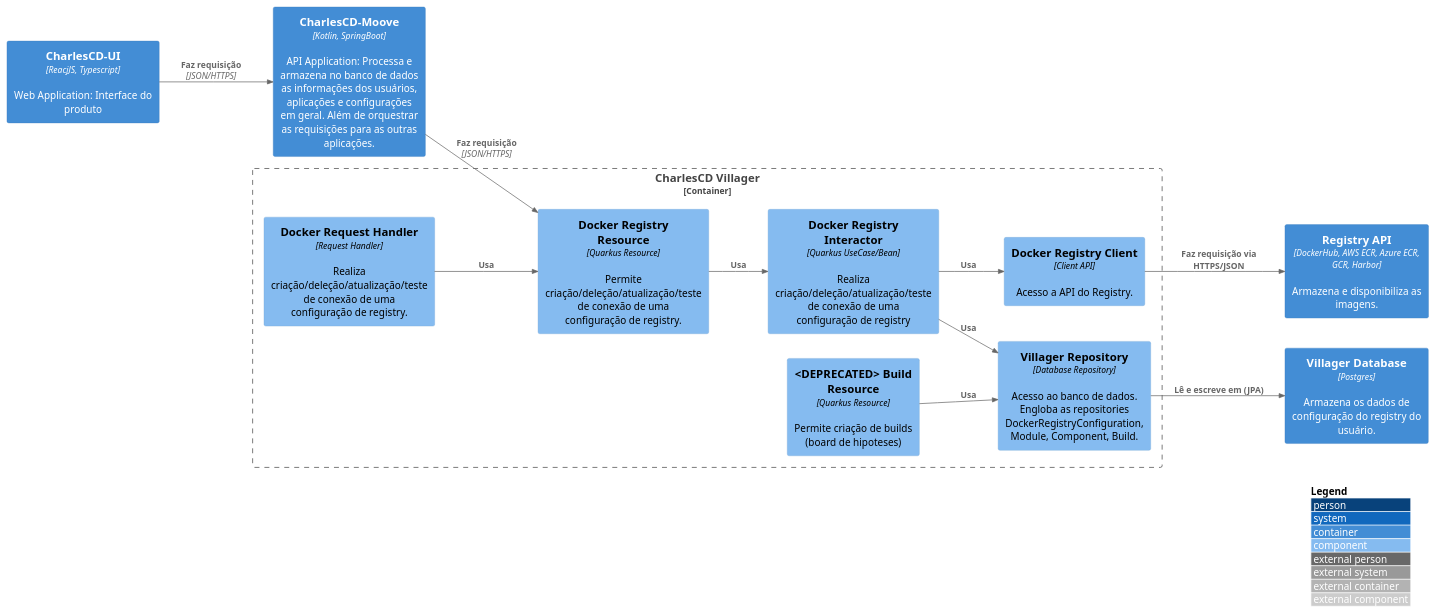
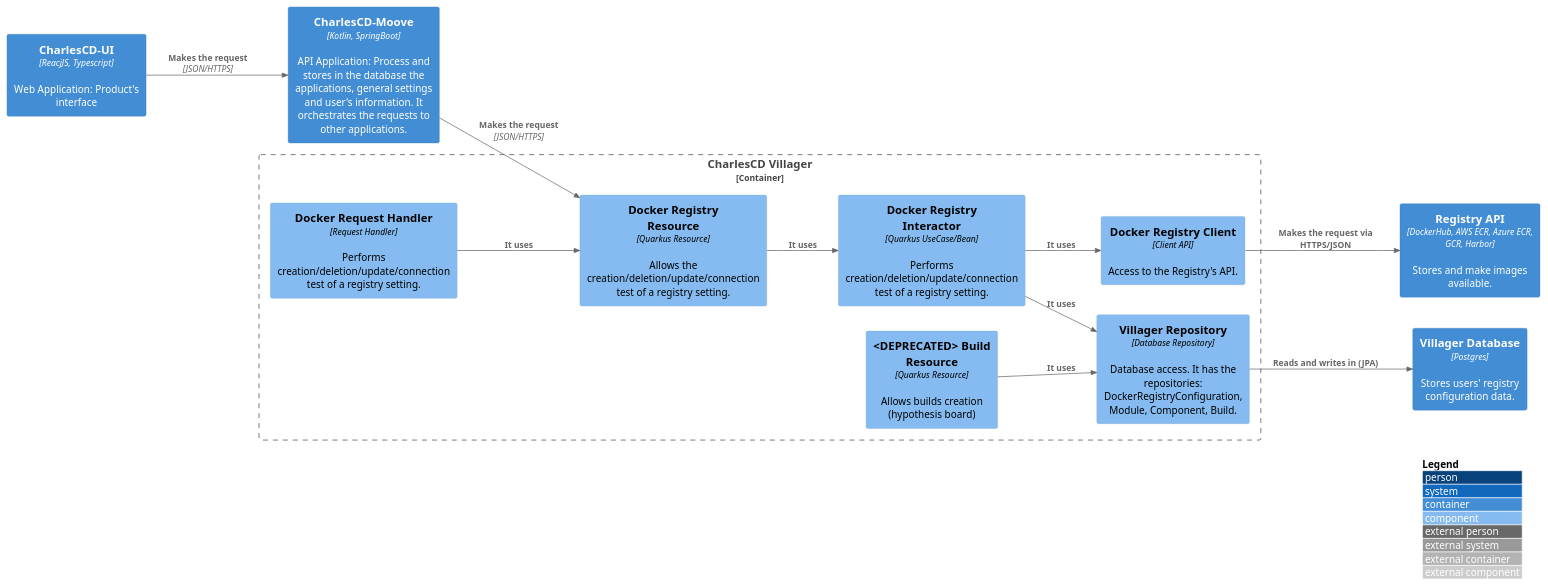
Before and after one commit to ZupIT/charlescd-c4model: the diagram in en/src/C3 -  Component/Villager/c3.puml, drawn with PlantUML. The commit also changed 19 other files, not shown here.

```diff
--- a/en/src/C3 -  Component/Villager/c3.puml
+++ b/en/src/C3 -  Component/Villager/c3.puml
@@ -1,36 +1,36 @@
 @startuml c2
 !include https://raw.githubusercontent.com/adrianvlupu/C4-PlantUML/latest/C4_Component.puml
 
 LAYOUT_WITH_LEGEND()
 LAYOUT_LEFT_RIGHT()
 
-Container(ui, "CharlesCD-UI", "ReacjJS, Typescript", "Web Application: Interface do produto")
-Container(moove, "CharlesCD-Moove", "Kotlin, SpringBoot", "API Application: Processa e armazena no banco de dados as informações dos usuários, aplicações e configurações em geral. Além de orquestrar as requisições para as outras aplicações.")
-Container(registry_api, "Registry API", "DockerHub, AWS ECR, Azure ECR, GCR, Harbor", "Armazena e disponibiliza as imagens.")
-Container(villager_database, "Villager Database", "Postgres", "Armazena os dados de configuração do registry do usuário.")
+Container(ui, "CharlesCD-UI", "ReacjJS, Typescript", "Web Application: Product's interface")
+Container(moove, "CharlesCD-Moove", "Kotlin, SpringBoot", "API Application: Process and stores in the database the applications, general settings and user's information. It orchestrates the requests to other applications.")
+Container(registry_api, "Registry API", "DockerHub, AWS ECR, Azure ECR, GCR, Harbor", "Stores and make images available.")
+Container(villager_database, "Villager Database", "Postgres", "Stores users' registry configuration data.")
 
 Container_Boundary(charlescd_villager, "CharlesCD Villager"){
    
-    Component(docker_request_handler, "Docker Request Handler", "Request Handler", "Realiza criação/deleção/atualização/teste de conexão de uma configuração de registry.")
-    Component(docker_registry_resource, "Docker Registry Resource", "Quarkus Resource", "Permite criação/deleção/atualização/teste de conexão de uma configuração de registry.")
-    Component(docker_registry_interactor, "Docker Registry Interactor", "Quarkus UseCase/Bean", "Realiza criação/deleção/atualização/teste de conexão de uma configuração de registry")
+    Component(docker_request_handler, "Docker Request Handler", "Request Handler", "Performs creation/deletion/update/connection test of a registry setting.")
+    Component(docker_registry_resource, "Docker Registry Resource", "Quarkus Resource", "Allows the  creation/deletion/update/connection test of a registry setting.")
+    Component(docker_registry_interactor, "Docker Registry Interactor", "Quarkus UseCase/Bean", "Performs creation/deletion/update/connection test of a registry setting.")
 
-    Component(docker_registry_client, "Docker Registry Client", "Client API", "Acesso a API do Registry.")
-    Component(villager_repository, "Villager Repository", "Database Repository", "Acesso ao banco de dados. Engloba as repositories DockerRegistryConfiguration, Module, Component, Build.")
+    Component(docker_registry_client, "Docker Registry Client", "Client API", "Access to the Registry's API.")
+    Component(villager_repository, "Villager Repository", "Database Repository", "Database access. It has the repositories: DockerRegistryConfiguration, Module, Component, Build.")
 
-    Component(build_resource, "<DEPRECATED> Build Resource", "Quarkus Resource", "Permite criação de builds (board de hipoteses)")
+    Component(build_resource, "<DEPRECATED> Build Resource", "Quarkus Resource", "Allows builds creation (hypothesis board)")
     
-    Rel(docker_request_handler, docker_registry_resource, "Usa")
-    Rel(docker_registry_resource, docker_registry_interactor, "Usa")
-    Rel(docker_registry_interactor, docker_registry_client, "Usa")
-    Rel(docker_registry_interactor, villager_repository, "Usa")
-    Rel(docker_registry_client, registry_api, "Faz requisição via HTTPS/JSON")
-    Rel(villager_repository, villager_database, "Lê e escreve em (JPA)")
+    Rel(docker_request_handler, docker_registry_resource, "It uses")
+    Rel(docker_registry_resource, docker_registry_interactor, "It uses")
+    Rel(docker_registry_interactor, docker_registry_client, "It uses") 
+    Rel(docker_registry_interactor, villager_repository, "It uses")
+    Rel(docker_registry_client, registry_api, "Makes the request via HTTPS/JSON")
+    Rel(villager_repository, villager_database, "Reads and writes in (JPA)")
 
-    Rel(build_resource, villager_repository, "Usa")
+    Rel(build_resource, villager_repository, "It uses")
    
 }
 
-Rel(moove, docker_registry_resource, "Faz requisição", "JSON/HTTPS")
-Rel(ui, moove, "Faz requisição", "JSON/HTTPS")
+Rel(moove, docker_registry_resource, "Makes the request", "JSON/HTTPS")
+Rel(ui, moove, "Makes the request", "JSON/HTTPS")
 @enduml
```
